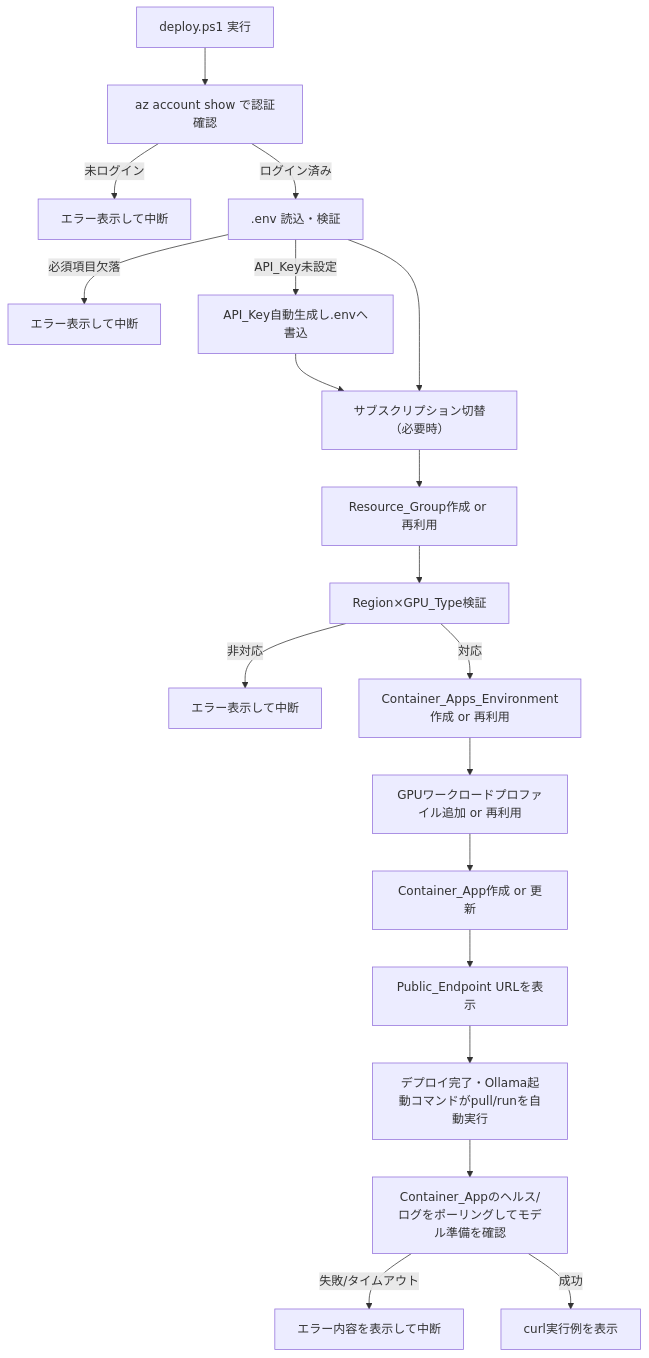
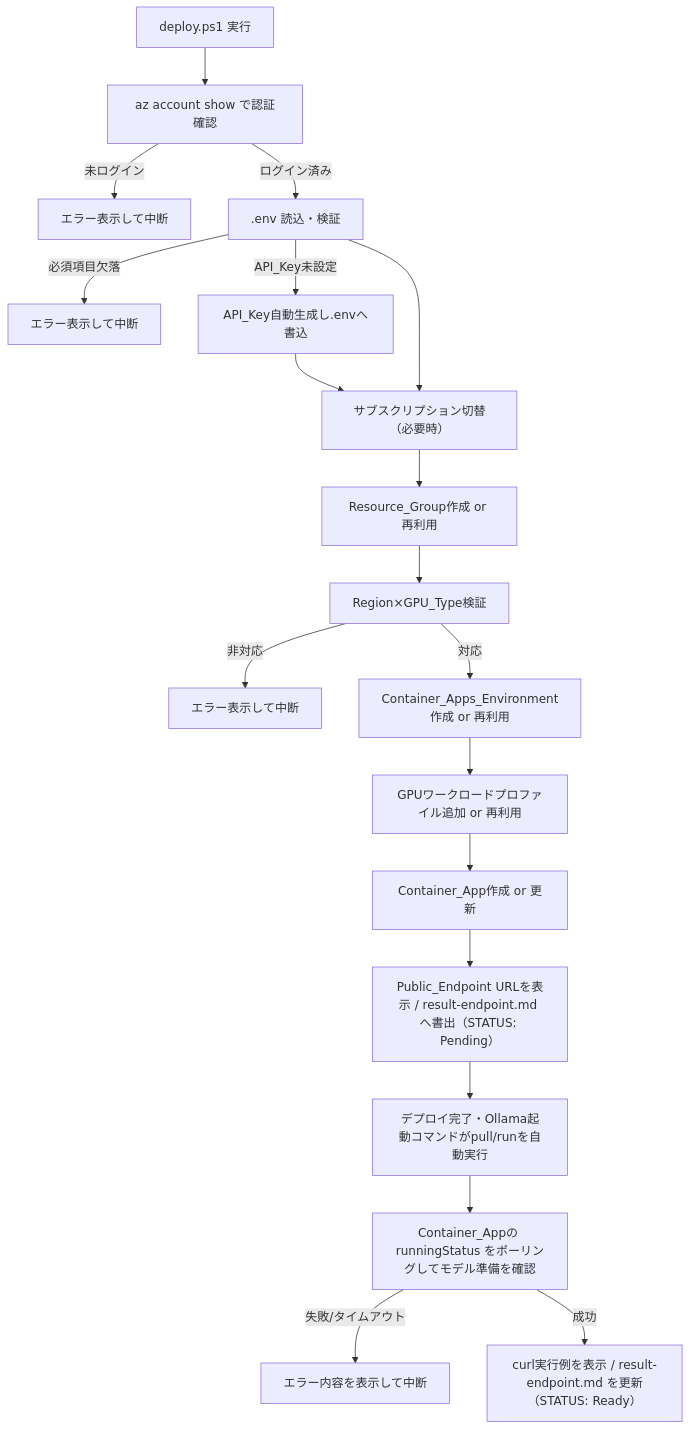
One commit to potofo/containerapps_gpt-oss-20b changed the first of 2 diagrams in .kiro/specs/ollama-gpt-oss-container-apps/design.md. Above: the diagram before and after it, drawn with Mermaid. The commit also changed other lines of this file and 7 other files, not shown here.

First line of the commit message:
Reconcile Kiro specs with implementation; document model choice, billing, private access; add architecture diagram

````diff
--- a/.kiro/specs/ollama-gpt-oss-container-apps/design.md
+++ b/.kiro/specs/ollama-gpt-oss-container-apps/design.md
@@ -22,21 +22,21 @@
 ```mermaid
 flowchart TD
     A[deploy.ps1 実行] --> B[az account show で認証確認]
     B -->|未ログイン| B1[エラー表示して中断]
     B -->|ログイン済み| C[.env 読込・検証]
     C -->|必須項目欠落| C1[エラー表示して中断]
     C -->|API_Key未設定| C2[API_Key自動生成し.envへ書込]
     C2 --> D
     C --> D[サブスクリプション切替（必要時）]
     D --> E[Resource_Group作成 or 再利用]
     E --> F[Region×GPU_Type検証]
     F -->|非対応| F1[エラー表示して中断]
     F -->|対応| G[Container_Apps_Environment作成 or 再利用]
     G --> H[GPUワークロードプロファイル追加 or 再利用]
     H --> I[Container_App作成 or 更新]
-    I --> J[Public_Endpoint URLを表示]
+    I --> J[Public_Endpoint URLを表示 / result-endpoint.md へ書出（STATUS: Pending）]
     J --> K[デプロイ完了・Ollama起動コマンドがpull/runを自動実行]
-    K --> L[Container_Appのヘルス/ログをポーリングしてモデル準備を確認]
+    K --> L[Container_Appの runningStatus をポーリングしてモデル準備を確認]
     L -->|失敗/タイムアウト| L1[エラー内容を表示して中断]
-    L -->|成功| M[curl実行例を表示]
+    L -->|成功| M[curl実行例を表示 / result-endpoint.md を更新（STATUS: Ready）]
 ```
````
